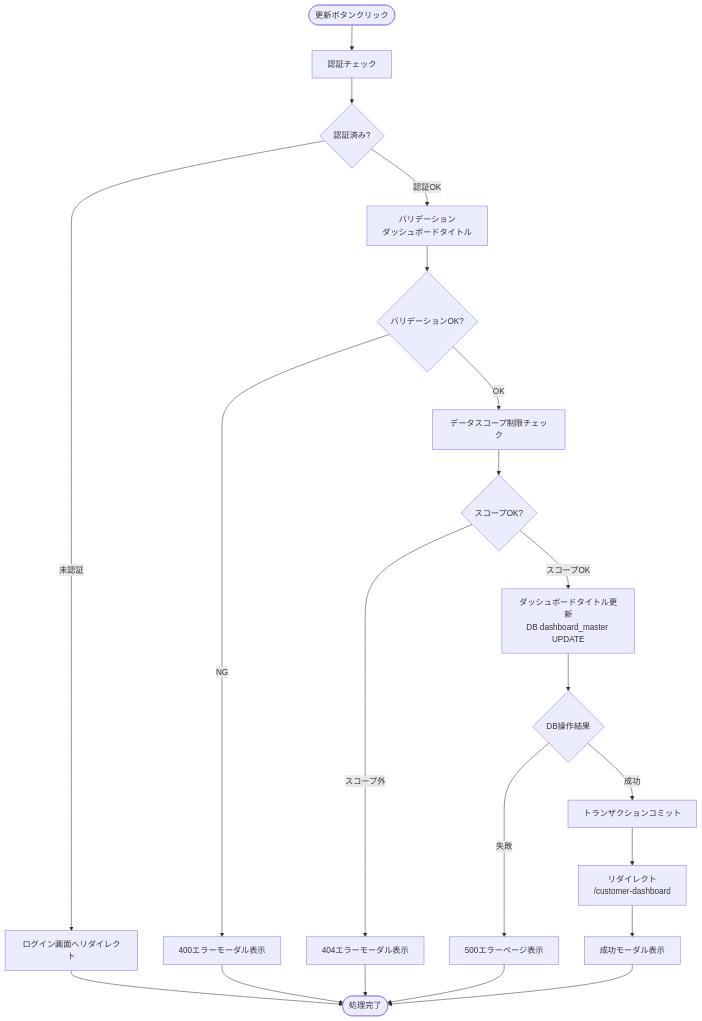
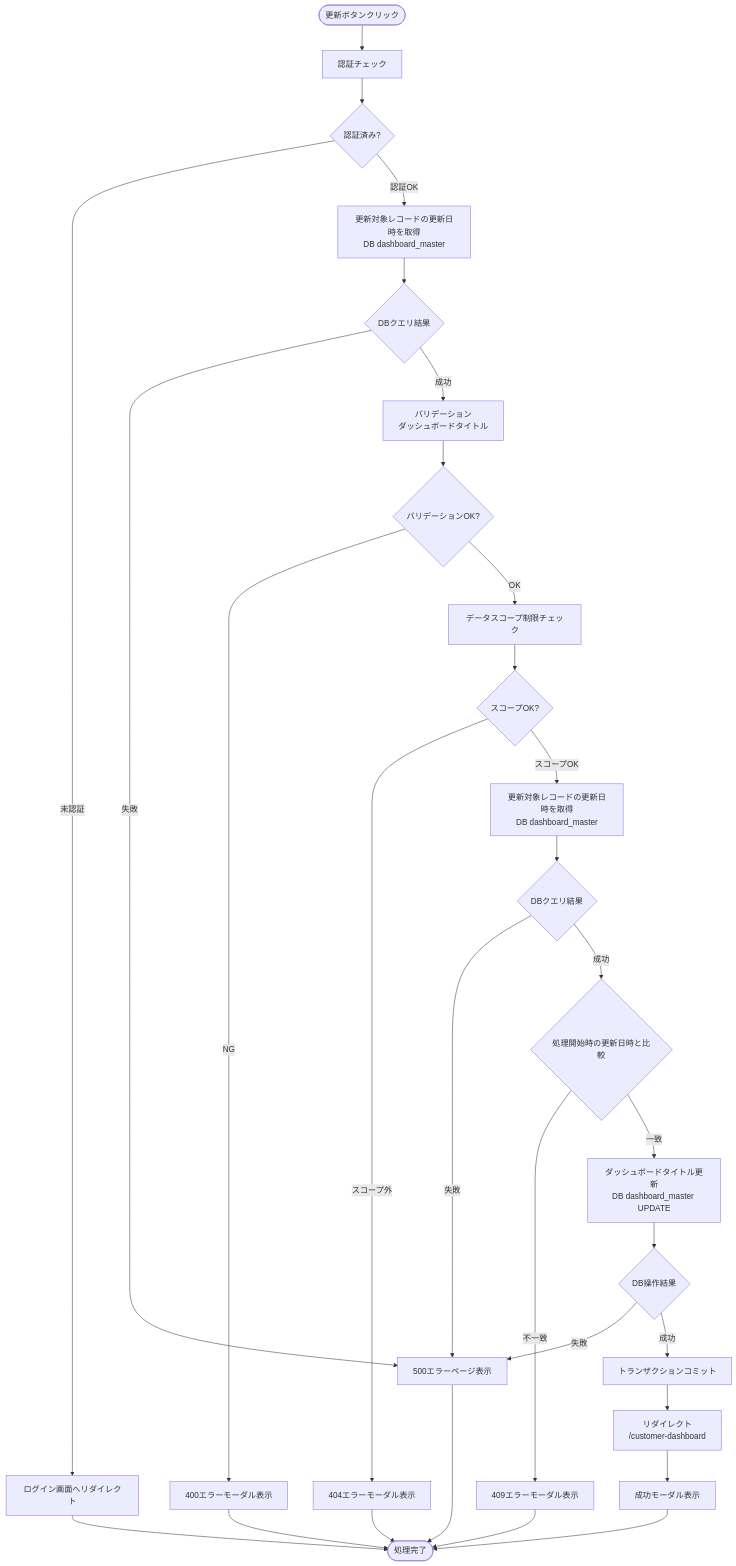
Before and after one commit to NSW-SVCP-AIWG002/Databricks-IoT: the fifth of 18 diagrams in docs/03-features/flask-app/customer-dashboard/workflow-specification.md, drawn with Mermaid. The commit also changed other lines of this file and 4 other files, not shown here.

````diff
--- a/docs/03-features/flask-app/customer-dashboard/workflow-specification.md
+++ b/docs/03-features/flask-app/customer-dashboard/workflow-specification.md
@@ -968,28 +971,40 @@
 ```mermaid
 flowchart TD
     Start([更新ボタンクリック]) --> Auth[認証チェック]
     Auth --> CheckAuth{認証済み?}
     CheckAuth -->|未認証| LoginRedirect[ログイン画面へリダイレクト]
 
-    CheckAuth -->|認証OK| Validate[バリデーション<br>ダッシュボードタイトル]
+    CheckAuth -->|認証OK| UpdateDateQuery1[更新対象レコードの更新日時を取得<br>DB dashboard_master]
+    UpdateDateQuery1 --> CheckUpdateDateQuery1{DBクエリ結果}
+    CheckUpdateDateQuery1 -->|失敗| Error500[500エラーページ表示]
+
+    CheckUpdateDateQuery1 -->|成功| Validate[バリデーション<br>ダッシュボードタイトル]
     Validate --> CheckValidate{バリデーションOK?}
     CheckValidate -->|NG| Error400[400エラーモーダル表示]
 
     CheckValidate -->|OK| Scope[データスコープ制限チェック]
     Scope --> CheckScope{スコープOK?}
     CheckScope -->|スコープ外| Error404[404エラーモーダル表示]
 
-    CheckScope -->|スコープOK| Update[ダッシュボードタイトル更新<br>DB dashboard_master UPDATE]
+    CheckScope -->|スコープOK| UpdateDateQuery2[更新対象レコードの更新日時を取得<br>DB dashboard_master]
+    UpdateDateQuery2 --> CheckUpdateDateQuery2{DBクエリ結果}
+    CheckUpdateDateQuery2 -->|失敗| Error500
+
+    CheckUpdateDateQuery2 -->|成功| ComparisonUpdateDate{処理開始時の更新日時と比較}
+    ComparisonUpdateDate -->|不一致| Error409[409エラーモーダル表示]
+
+    ComparisonUpdateDate -->|一致| Update[ダッシュボードタイトル更新<br>DB dashboard_master UPDATE]
     Update --> CheckUpdate{DB操作結果}
-    CheckUpdate -->|失敗| Error500[500エラーページ表示]
+    CheckUpdate -->|失敗| Error500
     CheckUpdate -->|成功| Commit[トランザクションコミット]
 
     Commit --> Redirect[リダイレクト<br>/customer-dashboard]
     Redirect --> 200OK[成功モーダル表示]
 
     LoginRedirect --> End([処理完了])
     200OK --> End
     Error400 --> End
     Error404 --> End
+    Error409 --> End
     Error500 --> End
 ```
````
